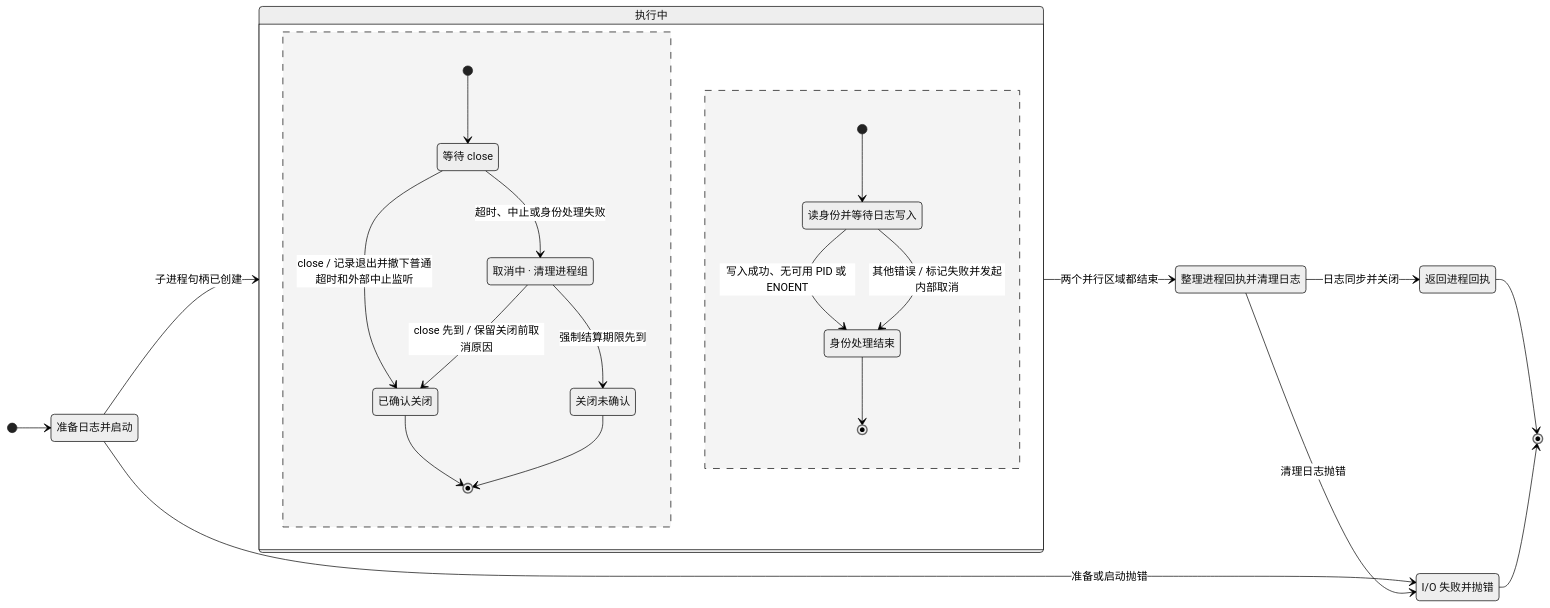
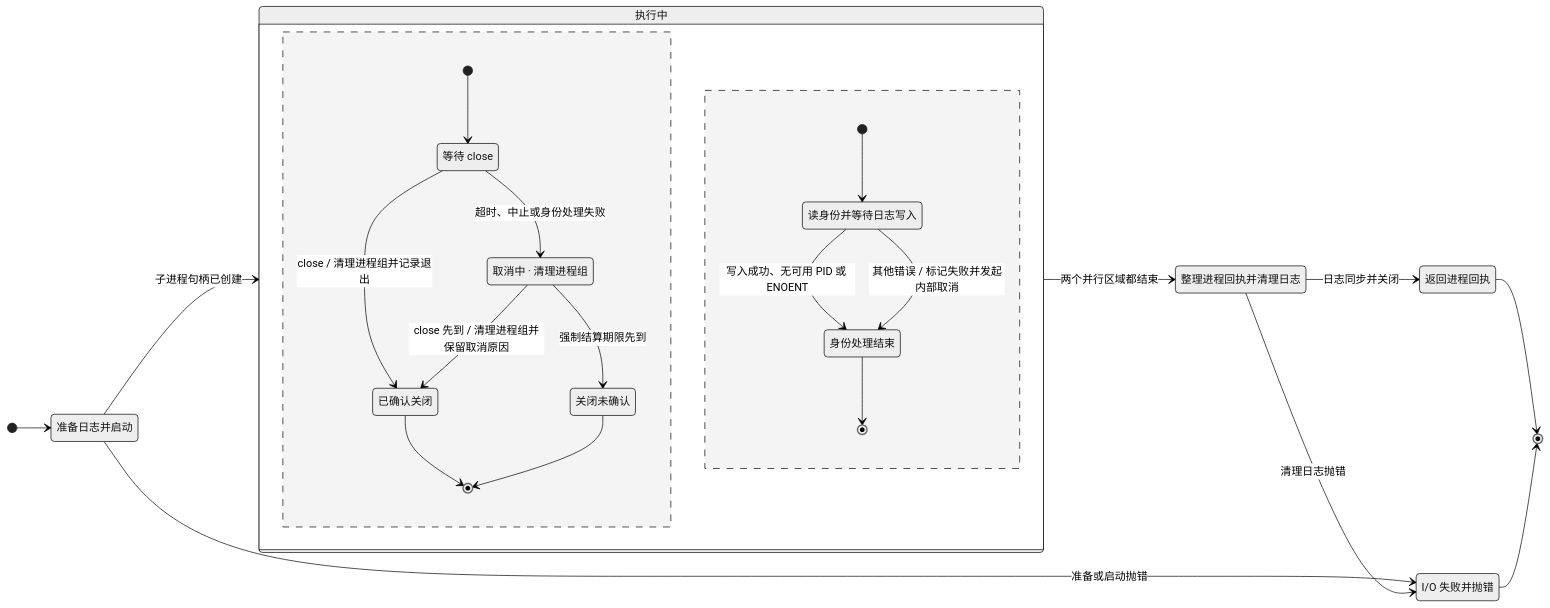
The diagram in docs/implementation/cli-receipt-statechart.md (kejun/squad), drawn with Mermaid (neutral theme) before and after one commit. The commit also changed other lines of this file and 4 other files, not shown here.

````diff
--- a/docs/implementation/cli-receipt-statechart.md
+++ b/docs/implementation/cli-receipt-statechart.md
@@ -5,40 +5,40 @@
 ```mermaid
 stateDiagram-v2
     direction LR
     state "准备日志并启动" as preparing
     state "执行中" as active
     state "整理进程回执并清理日志" as finalizing
     state "返回进程回执" as returned
     state "I/O 失败并抛错" as ioFailed
 
     [*] --> preparing
     preparing --> active: 子进程句柄已创建
     preparing --> ioFailed: 准备或启动抛错
     state active {
         state "等待 close" as running
         state "取消中 · 清理进程组" as cancelling
         state "已确认关闭" as closed
         state "关闭未确认" as unconfirmed
 
         [*] --> running
-        running --> closed: close / 记录退出并撤下普通超时和外部中止监听
+        running --> closed: close / 清理进程组并记录退出
         running --> cancelling: 超时、中止或身份处理失败
-        cancelling --> closed: close 先到 / 保留关闭前取消原因
+        cancelling --> closed: close 先到 / 清理进程组并保留取消原因
         cancelling --> unconfirmed: 强制结算期限先到
         closed --> [*]
         unconfirmed --> [*]
         --
         state "读身份并等待日志写入" as identityPending
         state "身份处理结束" as identityFinished
 
         [*] --> identityPending
         identityPending --> identityFinished: 写入成功、无可用 PID 或 ENOENT
         identityPending --> identityFinished: 其他错误 / 标记失败并发起内部取消
         identityFinished --> [*]
     }
     active --> finalizing: 两个并行区域都结束
     finalizing --> returned: 日志同步并关闭
     finalizing --> ioFailed: 清理日志抛错
     returned --> [*]
     ioFailed --> [*]
 ```
````
